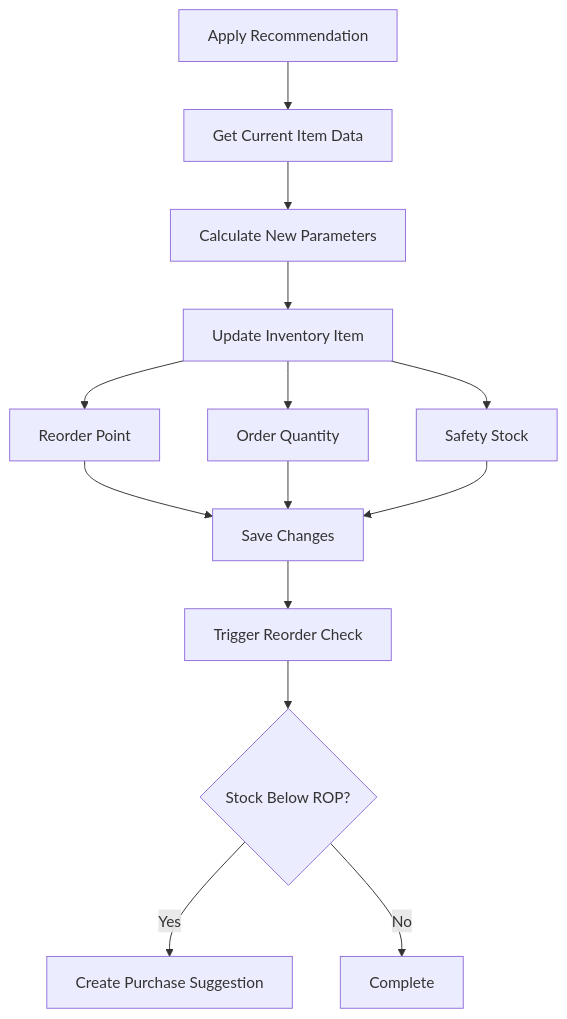
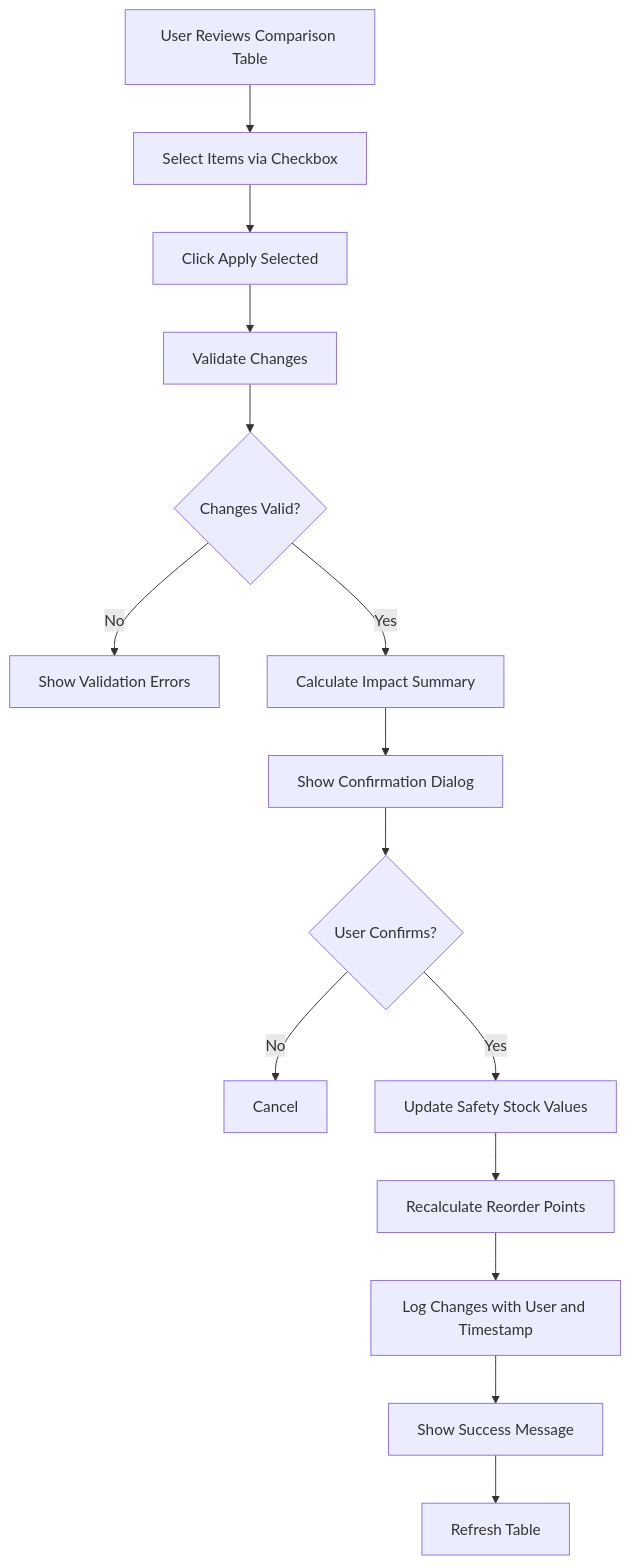
Before and after one commit to PeakMNA/carmen: diagram 17 of 32 in docs/app/operational-planning/inventory-planning/FD-inventory-planning.md, drawn with Mermaid. The commit also changed other lines of this file and 473 other files, not shown here.

````diff
--- a/docs/app/operational-planning/inventory-planning/FD-inventory-planning.md
+++ b/docs/app/operational-planning/inventory-planning/FD-inventory-planning.md
@@ -381,20 +412,22 @@
 ```mermaid
 graph TB
-    A[Apply Recommendation] --> B[Get Current Item Data]
-    B --> C[Calculate New Parameters]
+    A[User Reviews Comparison Table] --> B[Select Items via Checkbox]
+    B --> C[Click Apply Selected]
 
-    C --> D[Update Inventory Item]
-    D --> E[Reorder Point]
-    D --> F[Order Quantity]
-    D --> G[Safety Stock]
+    C --> D[Validate Changes]
+    D --> E{Changes Valid?}
 
-    E --> H[Save Changes]
-    F --> H
-    G --> H
+    E -->|No| F[Show Validation Errors]
+    E -->|Yes| G[Calculate Impact Summary]
 
-    H --> I[Trigger Reorder Check]
-    I --> J{Stock Below ROP?}
+    G --> H[Show Confirmation Dialog]
+    H --> I{User Confirms?}
 
-    J -->|Yes| K[Create Purchase Suggestion]
-    J -->|No| L[Complete]
+    I -->|No| J[Cancel]
+    I -->|Yes| K[Update Safety Stock Values]
+
+    K --> L[Recalculate Reorder Points]
+    L --> M[Log Changes with User and Timestamp]
+    M --> N[Show Success Message]
+    N --> O[Refresh Table]
 ```
````
